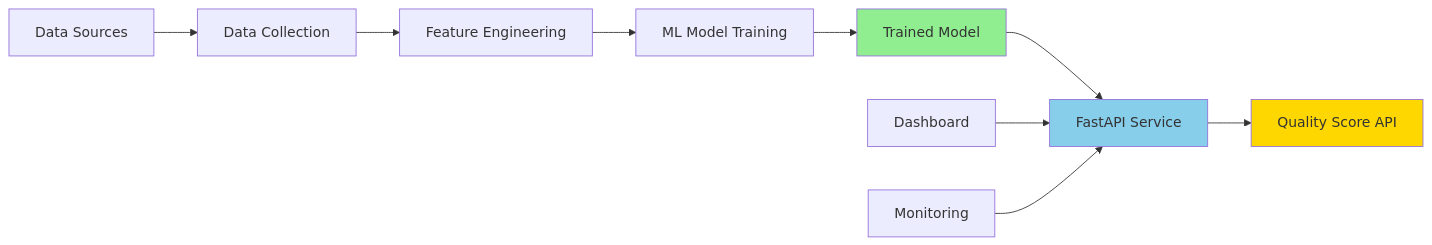
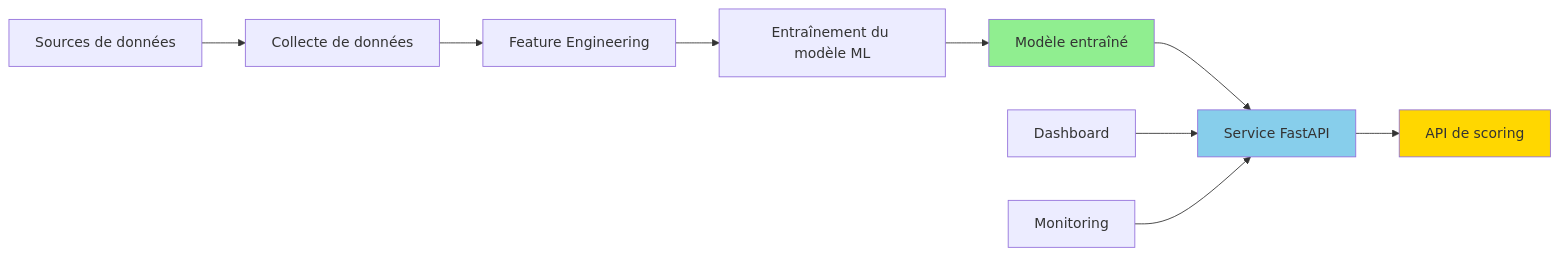
Before and after one commit to Aguern/alpine-guide-ML: the first of 4 diagrams in README.md, drawn with Mermaid. The commit also changed other lines of this file, not shown here.

````diff
--- a/README.md
+++ b/README.md
@@ -105,16 +105,16 @@
 ```mermaid
 graph LR
-    A[Data Sources] --> B[Data Collection]
+    A[Sources de données] --> B[Collecte de données]
     B --> C[Feature Engineering]
-    C --> D[ML Model Training]
-    D --> E[Trained Model]
-    E --> F[FastAPI Service]
-    F --> G[Quality Score API]
+    C --> D[Entraînement du modèle ML]
+    D --> E[Modèle entraîné]
+    E --> F[Service FastAPI]
+    F --> G[API de scoring]
 
     H[Dashboard] --> F
     I[Monitoring] --> F
 
     style E fill:#90EE90
     style F fill:#87CEEB
     style G fill:#FFD700
 ```
````
